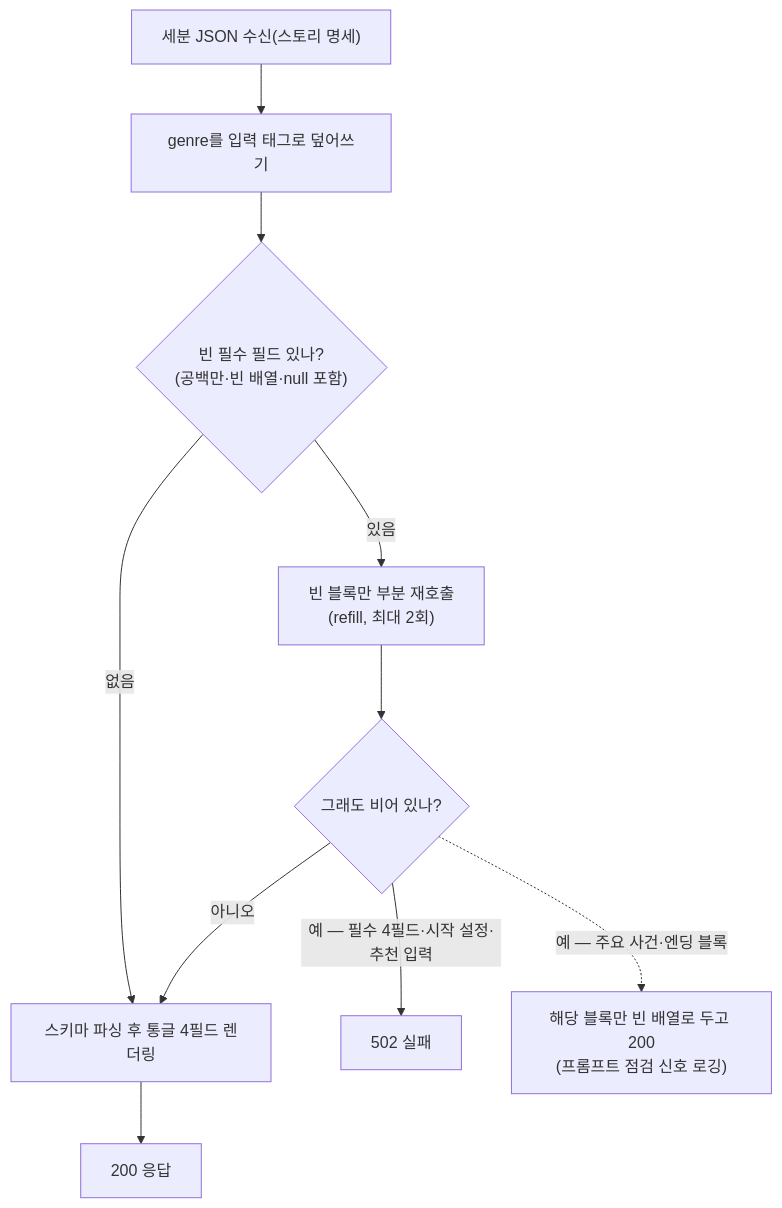
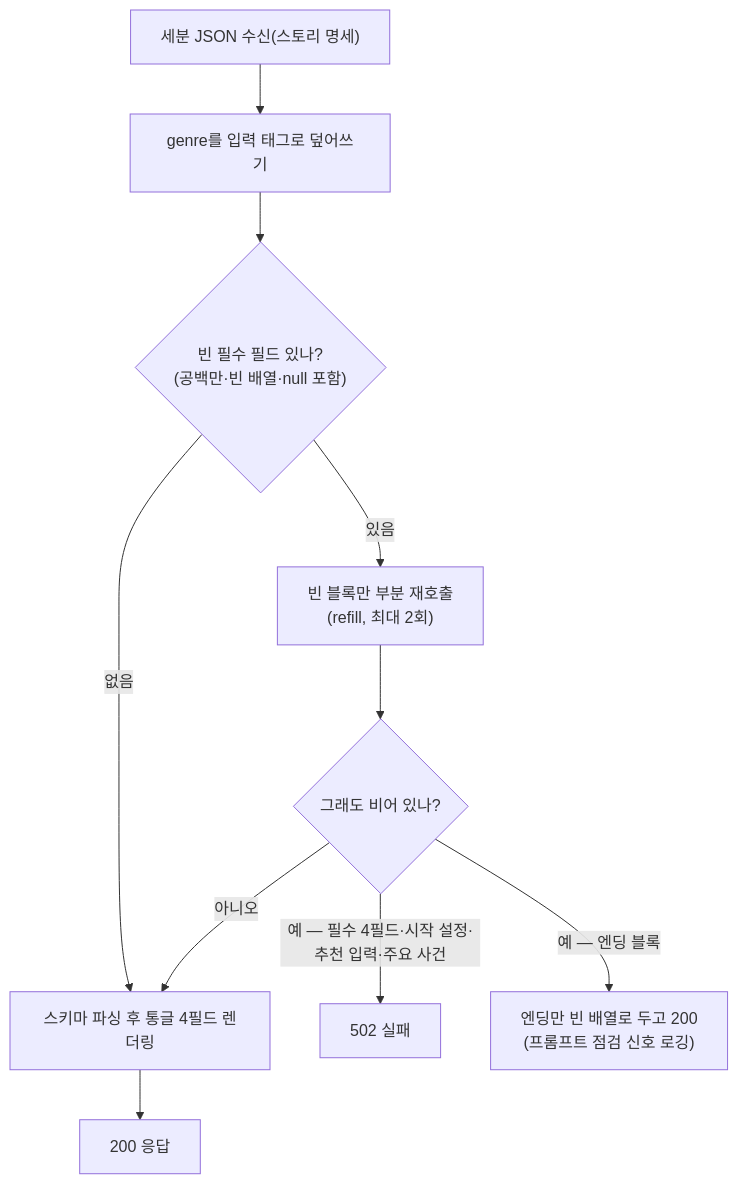
The third of 7 diagrams in docs/product-specs/5-ai-server.md (KIM-N-KANG/knk-harness), drawn with Mermaid before and after one commit. The commit also changed other lines of this file, not shown here.

````diff
--- a/docs/product-specs/5-ai-server.md
+++ b/docs/product-specs/5-ai-server.md
@@ -373,12 +383,12 @@
 ```mermaid
 graph TD
     In["세분 JSON 수신(스토리 명세)"] --> Genre["genre를 입력 태그로 덮어쓰기"]
     Genre --> Check{"빈 필수 필드 있나?<br/>(공백만·빈 배열·null 포함)"}
     Check -->|없음| Render["스키마 파싱 후 통글 4필드 렌더링"]
     Render --> OK[200 응답]
     Check -->|있음| Refill["빈 블록만 부분 재호출<br/>(refill, 최대 2회)"]
     Refill --> Re{"그래도 비어 있나?"}
     Re -->|아니오| Render
-    Re -->|"예 — 필수 4필드·시작 설정·추천 입력"| F502[502 실패]
-    Re -.->|"예 — 주요 사건·엔딩 블록"| Empty["해당 블록만 빈 배열로 두고 200<br/>(프롬프트 점검 신호 로깅)"]
+    Re -->|"예 — 필수 4필드·시작 설정·추천 입력·주요 사건"| F502[502 실패]
+    Re -->|"예 — 엔딩 블록"| Empty["엔딩만 빈 배열로 두고 200<br/>(프롬프트 점검 신호 로깅)"]
 ```
````
